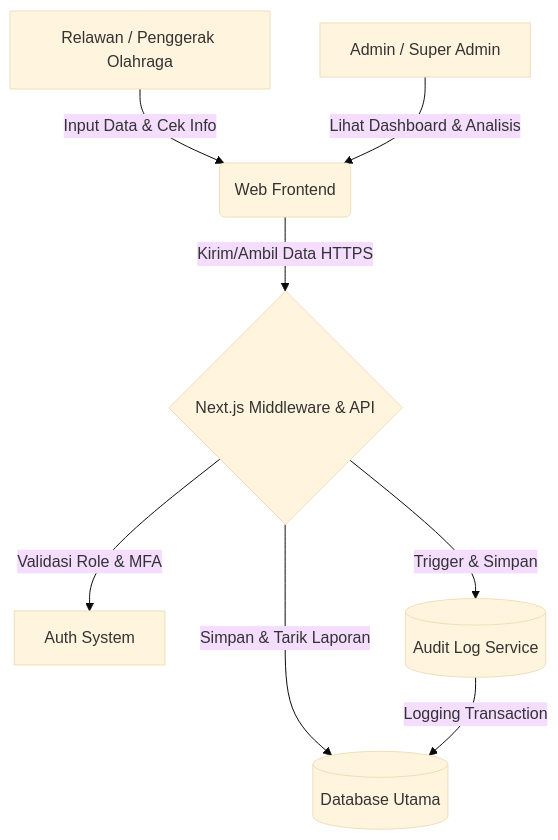
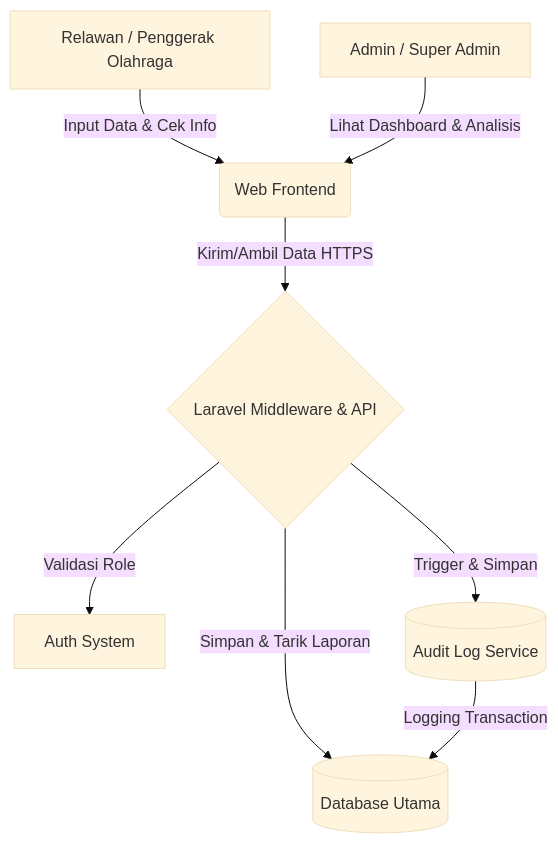
The first of 2 diagrams in prd.md (kri41/cpss), drawn with Mermaid (base theme) before and after one commit. The commit also changed other lines of this file and 1 other file, not shown here.

````diff
--- a/prd.md
+++ b/prd.md
@@ -39,10 +38,10 @@
 ```mermaid
 flowchart TD
     A[Relawan / Penggerak Olahraga] -->|Input Data & Cek Info| C(Web Frontend)
     B[Admin / Super Admin] -->|Lihat Dashboard & Analisis| C
-    C -->|Kirim/Ambil Data HTTPS| D{Next.js Middleware & API}
-    D -->|Validasi Role & MFA| F[Auth System]
+    C -->|Kirim/Ambil Data HTTPS| D{Laravel Middleware & API}
+    D -->|Validasi Role| F[Auth System]
     D -->|Trigger & Simpan| G[(Audit Log Service)]
     D -->|Simpan & Tarik Laporan| E[(Database Utama)]
     G -->|Logging Transaction| E
 ```
````
